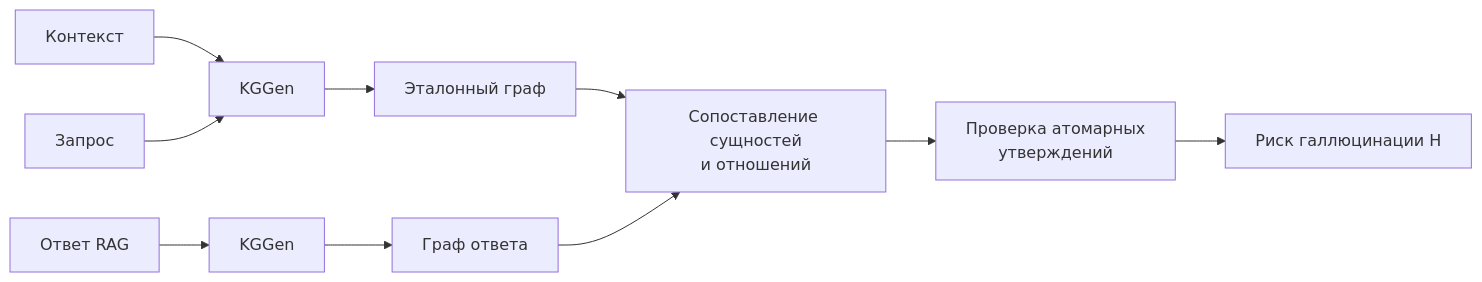
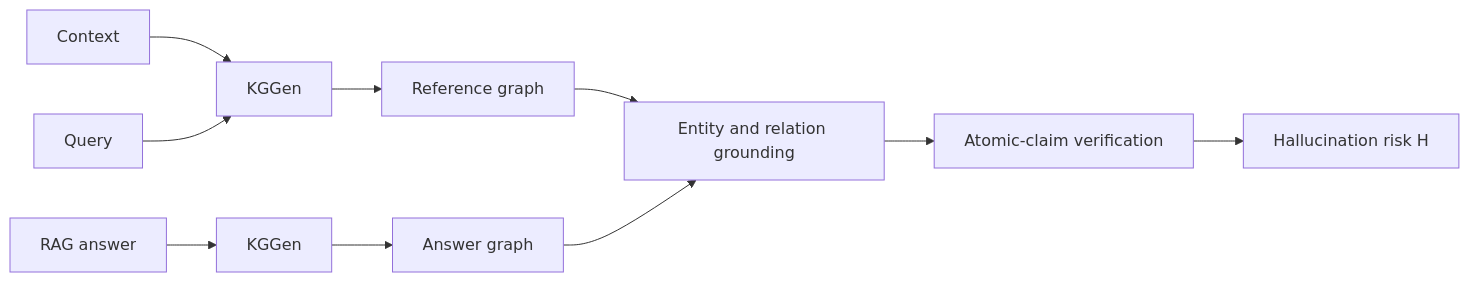
One commit to AMaslov01/rag-hallucination-detection changed the diagram in README.md. Above: the diagram before and after it, drawn with Mermaid. The commit also changed other lines of this file, not shown here.

````diff
--- a/README.md
+++ b/README.md
@@ -34,12 +36,12 @@
 ```mermaid
 flowchart LR
-    C[Контекст] --> KG1[KGGen]
-    Q[Запрос] --> KG1
-    A[Ответ RAG] --> KG2[KGGen]
-    KG1 --> REF[Эталонный граф]
-    KG2 --> ANS[Граф ответа]
-    REF --> MATCH[Сопоставление сущностей<br/>и отношений]
+    C[Context] --> KG1[KGGen]
+    Q[Query] --> KG1
+    A[RAG answer] --> KG2[KGGen]
+    KG1 --> REF[Reference graph]
+    KG2 --> ANS[Answer graph]
+    REF --> MATCH[Entity and relation grounding]
     ANS --> MATCH
-    MATCH --> CLAIMS[Проверка атомарных<br/>утверждений]
-    CLAIMS --> SCORE[Риск галлюцинации H]
+    MATCH --> CLAIMS[Atomic-claim verification]
+    CLAIMS --> SCORE[Hallucination risk H]
 ```
````
